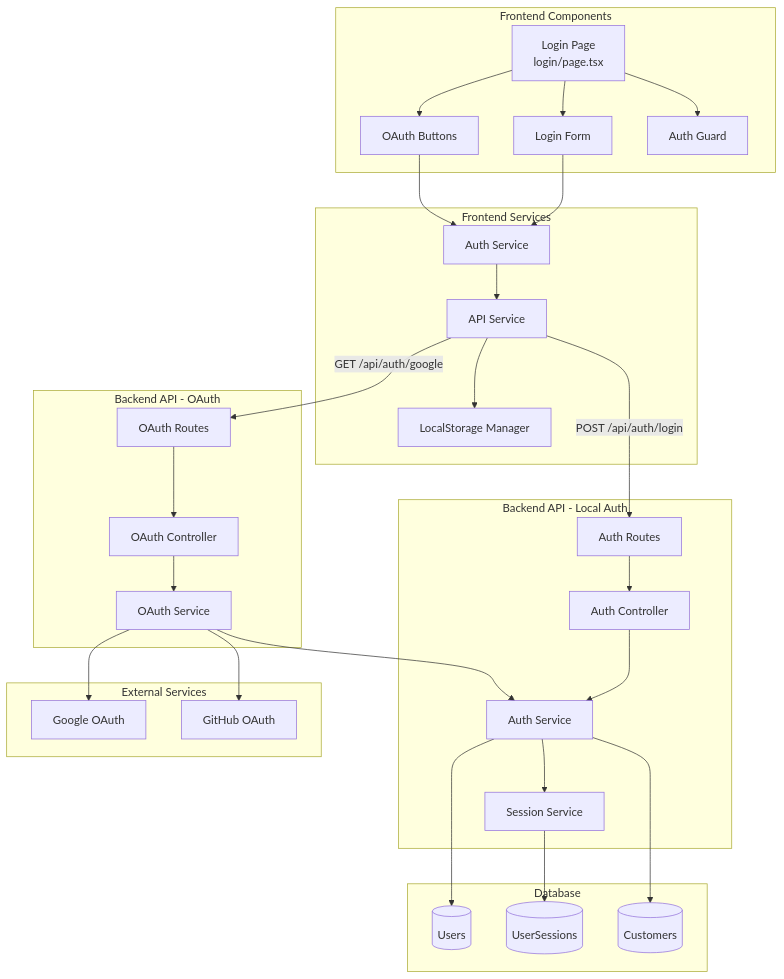
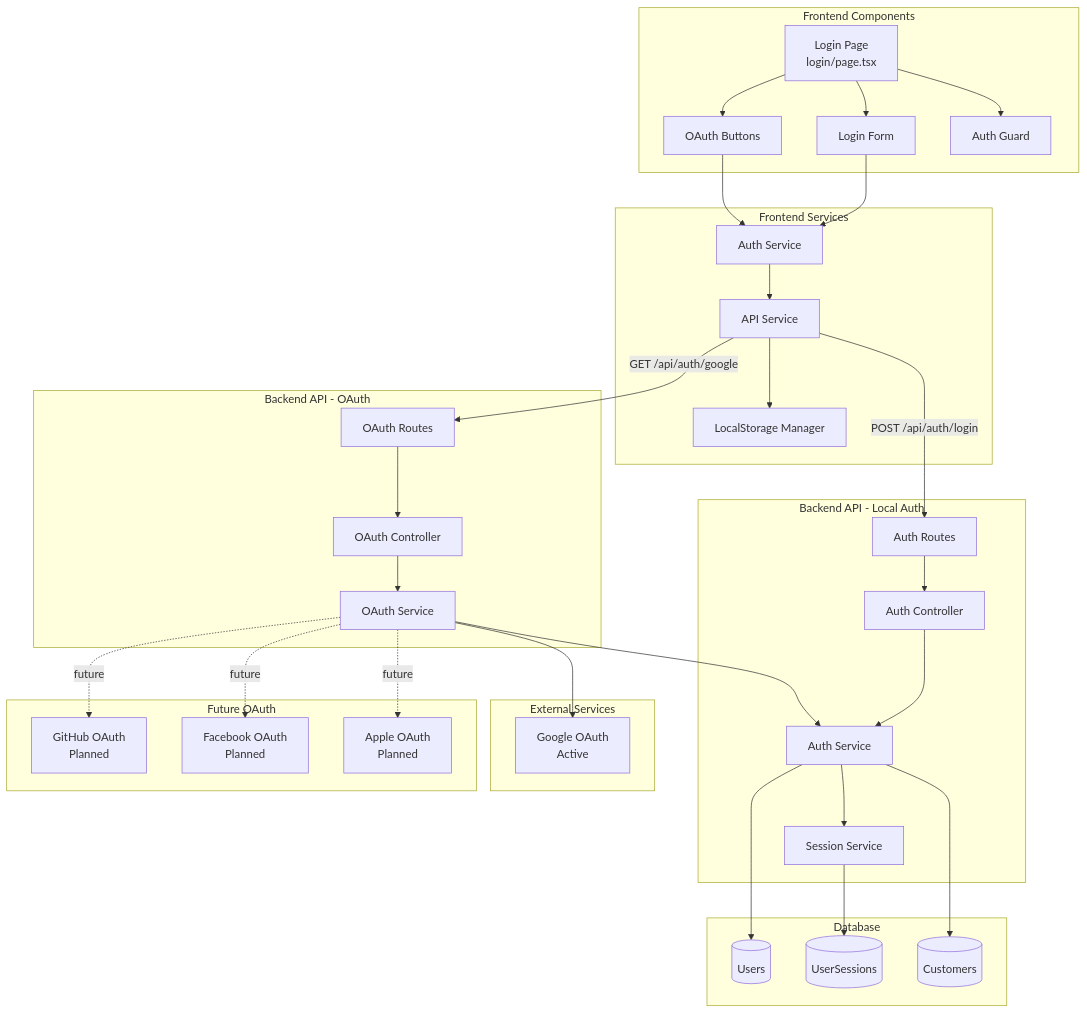
Before and after one commit to tikpoptv/MUSE-MUSIC: the second of 21 diagrams in diagrams/component-diagrams.md, drawn with Mermaid. The commit also changed other lines of this file and 6 other files, not shown here.

First line of the commit message:
Update diagrams for prompt flow and OAuth details

````diff
--- a/diagrams/component-diagrams.md
+++ b/diagrams/component-diagrams.md
@@ -71,66 +71,73 @@
 ```mermaid
 graph TB
     subgraph "Frontend Components"
         LOGINPAGE[Login Page<br/>login/page.tsx]
         LOGINFORM[Login Form]
         OAUTHBTN[OAuth Buttons]
         AUTHGUARD[Auth Guard]
     end
     
     subgraph "Frontend Services"
         AUTHSVC_F[Auth Service]
         APISVC_F[API Service]
         LOCALSTORAGE[LocalStorage Manager]
     end
     
     subgraph "Backend API - Local Auth"
         AUTHROUTE[Auth Routes]
         AUTHCTRL[Auth Controller]
         AUTHSVC_B[Auth Service]
         SESSIONSVC[Session Service]
     end
     
     subgraph "Backend API - OAuth"
         OAUTHROUTE[OAuth Routes]
         OAUTHCTRL[OAuth Controller]
         OAUTHSVC[OAuth Service]
     end
     
     subgraph "External Services"
-        GOOGLE[Google OAuth]
-        GITHUB[GitHub OAuth]
+        GOOGLE[Google OAuth<br/>Active]
+    end
+    
+    subgraph "Future OAuth"
+        GITHUB[GitHub OAuth<br/>Planned]
+        FACEBOOK[Facebook OAuth<br/>Planned]
+        APPLE[Apple OAuth<br/>Planned]
     end
     
     subgraph "Database"
         USERS[(Users)]
         SESSIONS[(UserSessions)]
         CUSTOMERS[(Customers)]
     end
     
     LOGINPAGE --> AUTHGUARD
     LOGINPAGE --> LOGINFORM
     LOGINPAGE --> OAUTHBTN
     
     LOGINFORM --> AUTHSVC_F
     OAUTHBTN --> AUTHSVC_F
     
     AUTHSVC_F --> APISVC_F
     APISVC_F -->|POST /api/auth/login| AUTHROUTE
     APISVC_F -->|GET /api/auth/google| OAUTHROUTE
     
     AUTHROUTE --> AUTHCTRL
     AUTHCTRL --> AUTHSVC_B
     AUTHSVC_B --> SESSIONSVC
     
     OAUTHROUTE --> OAUTHCTRL
     OAUTHCTRL --> OAUTHSVC
     OAUTHSVC --> GOOGLE
-    OAUTHSVC --> GITHUB
+    OAUTHSVC -.future.-> GITHUB
+    OAUTHSVC -.future.-> FACEBOOK
+    OAUTHSVC -.future.-> APPLE
     OAUTHSVC --> AUTHSVC_B
     
     AUTHSVC_B --> USERS
     AUTHSVC_B --> CUSTOMERS
     SESSIONSVC --> SESSIONS
     
     APISVC_F --> LOCALSTORAGE
 ```
````
